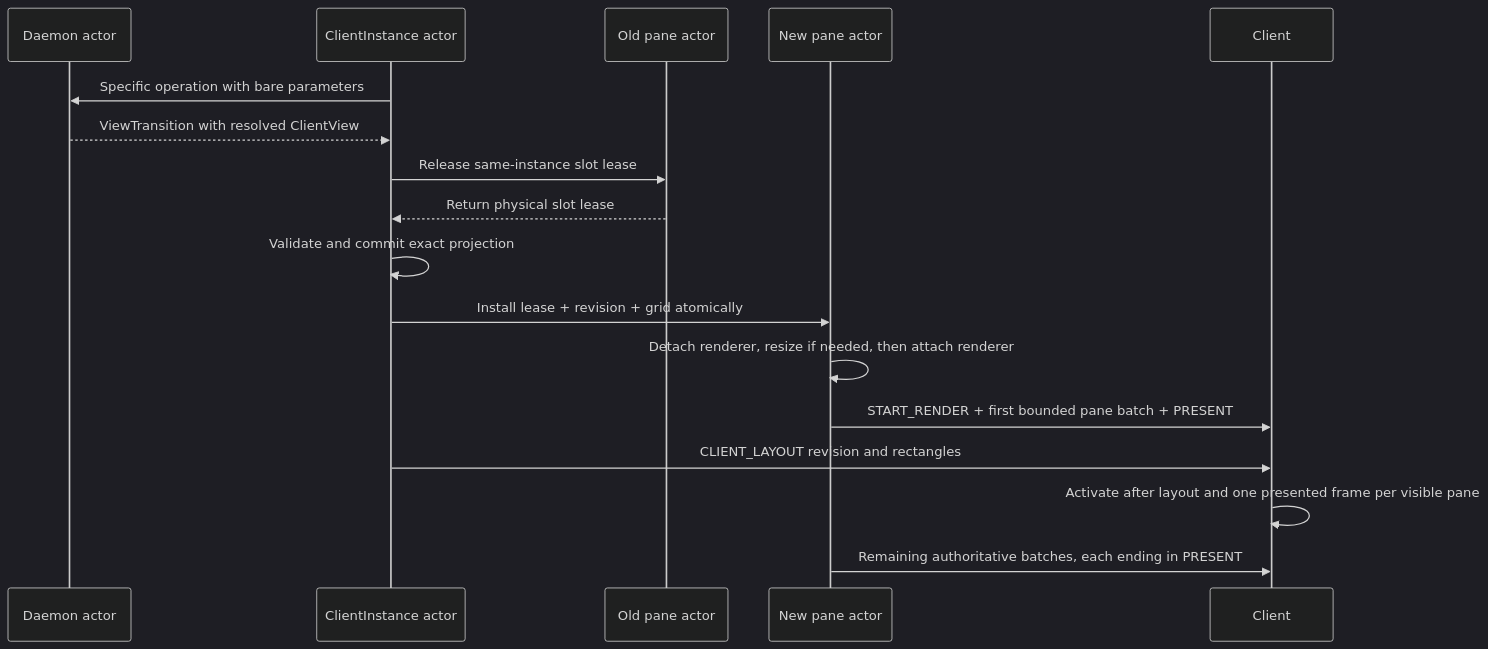
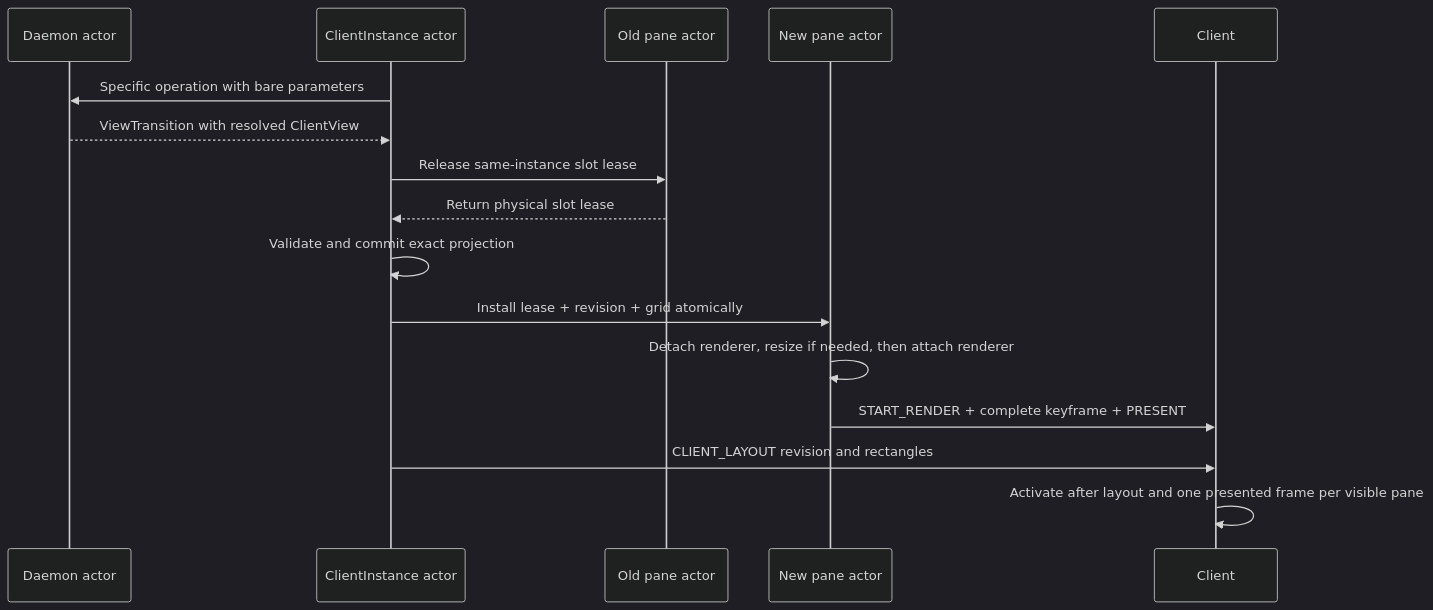
The seventh of 9 diagrams in ARCHITECTURE.md (garindra/meja), drawn with Mermaid (dark theme) before and after one commit. The commit also changed other lines of this file and 17 other files, not shown here.

First line of the commit message:
[v0.0.22] Refactor pane render architecture (Phases 1-2)

````diff
--- a/ARCHITECTURE.md
+++ b/ARCHITECTURE.md
@@ -1014,20 +1072,19 @@
 ```mermaid
 sequenceDiagram
     participant D as Daemon actor
     participant S as ClientInstance actor
     participant O as Old pane actor
     participant N as New pane actor
     participant C as Client
 
     S->>D: Specific operation with bare parameters
     D-->>S: ViewTransition with resolved ClientView
     S->>O: Release same-instance slot lease
     O-->>S: Return physical slot lease
     S->>S: Validate and commit exact projection
     S->>N: Install lease + revision + grid atomically
     N->>N: Detach renderer, resize if needed, then attach renderer
-    N->>C: START_RENDER + first bounded pane batch + PRESENT
+    N->>C: START_RENDER + complete keyframe + PRESENT
     S->>C: CLIENT_LAYOUT revision and rectangles
     C->>C: Activate after layout and one presented frame per visible pane
-    N->>C: Remaining authoritative batches, each ending in PRESENT
 ```
````
